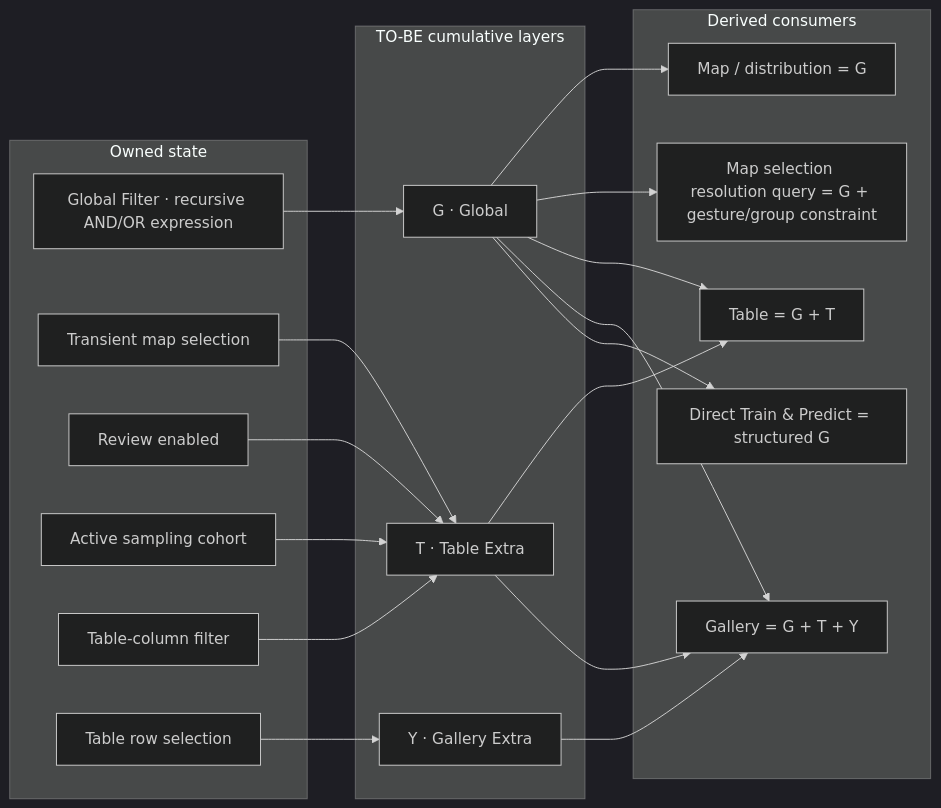
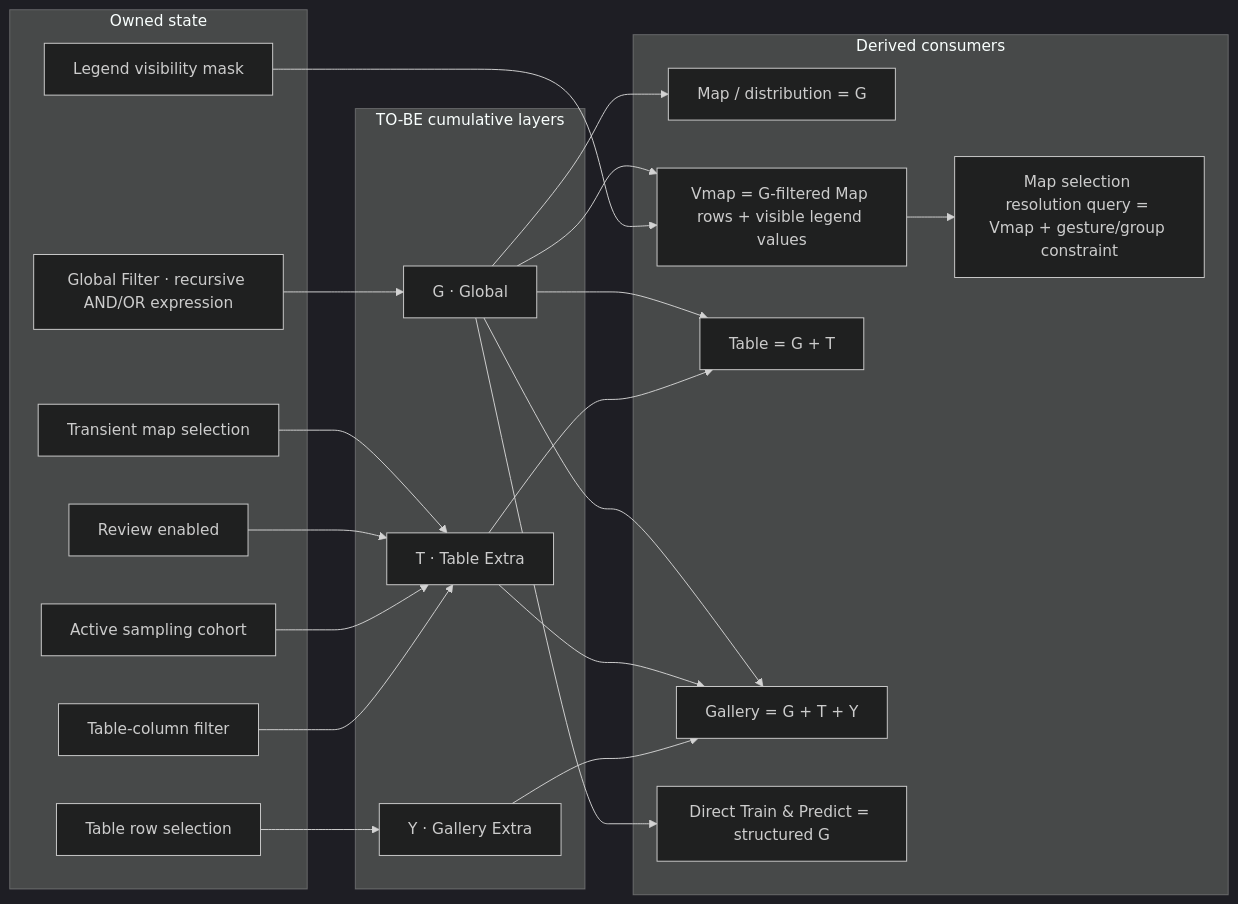
The second of 2 diagrams in docs/architecture/sc-inspection-workbench-filter-contract.md (teepoy/web-training-platform), drawn with Mermaid (dark theme) before and after one commit. The commit also changed other lines of this file and 6 other files, not shown here.

Commit message:
fix(sc): respect legend visibility in map selection

````diff
--- a/docs/architecture/sc-inspection-workbench-filter-contract.md
+++ b/docs/architecture/sc-inspection-workbench-filter-contract.md
@@ -470,41 +486,45 @@
 ```mermaid
 flowchart LR
   subgraph STATE["Owned state"]
     GF["Global Filter · recursive AND/OR expression"]
     MS["Transient map selection"]
     RV["Review enabled"]
     CO["Active sampling cohort"]
     TF["Table-column filter"]
     RS["Table row selection"]
+    LV["Legend visibility mask"]
   end
 
   subgraph LAYERS["TO-BE cumulative layers"]
     G["G · Global"]
     T["T · Table Extra"]
     Y["Y · Gallery Extra"]
   end
 
   subgraph CONSUMERS["Derived consumers"]
     MAP["Map / distribution = G"]
-    SEL["Map selection resolution query = G + gesture/group constraint"]
+    VMAP["Vmap = G-filtered Map rows + visible legend values"]
+    SEL["Map selection resolution query = Vmap + gesture/group constraint"]
     TABLE["Table = G + T"]
     GALLERY["Gallery = G + T + Y"]
     TRAIN["Direct Train & Predict = structured G"]
   end
 
   GF --> G
   MS --> T
   RV --> T
   CO --> T
   TF --> T
   RS --> Y
 
   G --> MAP
-  G --> SEL
+  G --> VMAP
+  LV --> VMAP
+  VMAP --> SEL
   G --> TABLE
   T --> TABLE
   G --> GALLERY
   T --> GALLERY
   Y --> GALLERY
   G --> TRAIN
 ```
````
